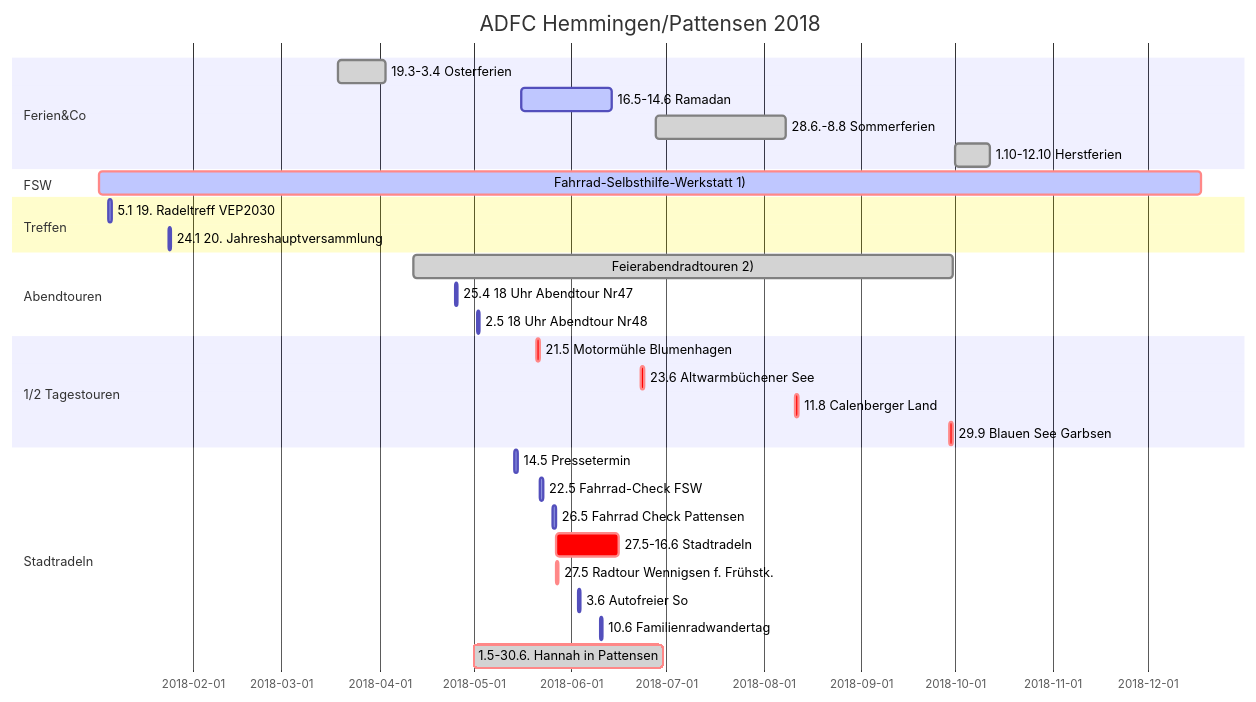
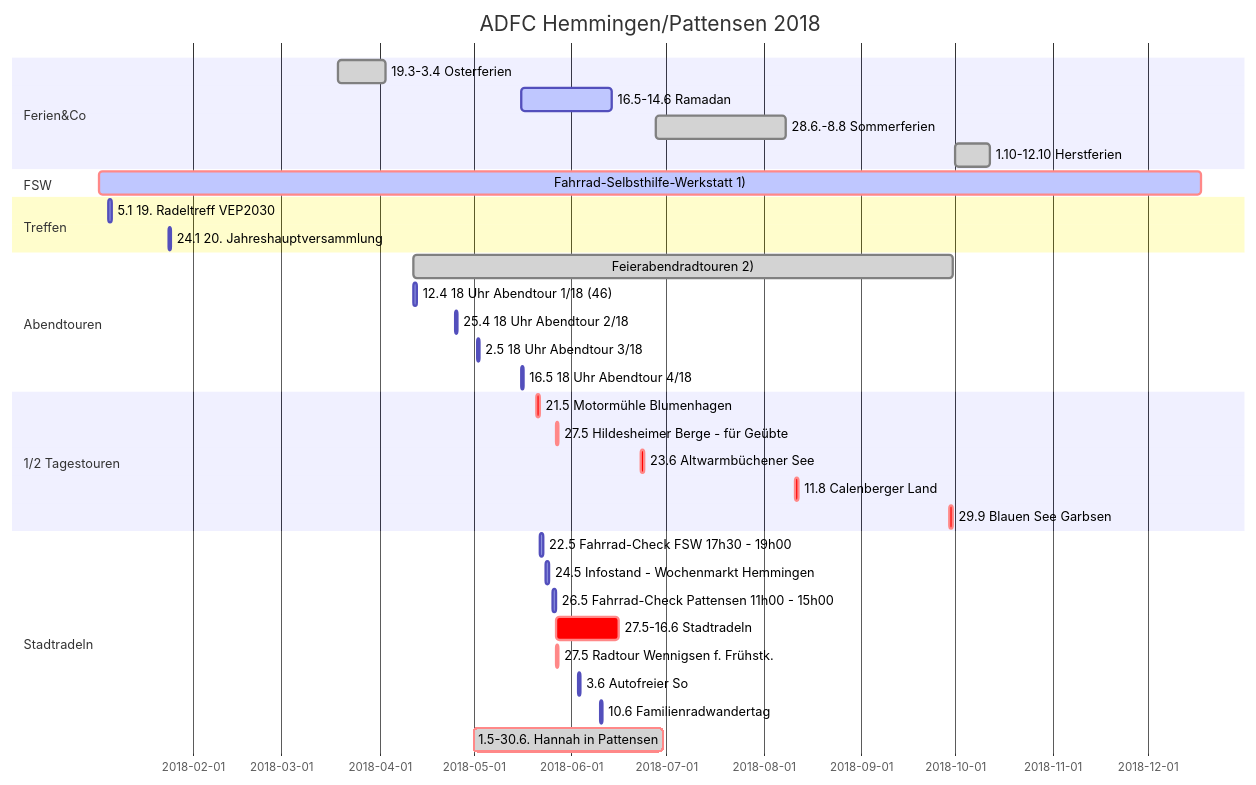
The diagram in index.md (adfc-hemmingen-pattensen/adfc-hemmingen-pattensen.github.io), drawn with Mermaid before and after one commit. The commit also changed other lines of this file and 5 other files, not shown here.

````diff
--- a/index.md
+++ b/index.md
@@ -94,41 +110,44 @@
 ```mermaid
 gantt
   title ADFC Hemmingen/Pattensen 2018
   dateFormat  DD.MM.YY
 
 section Ferien&Co
   19.3-3.4 Osterferien                        :done,        19.03.18, 03.04.18
   16.5-14.6  Ramadan                          :active,done, 16.05.18, 14.06.18
   28.6.-8.8 Sommerferien                      :done,        28.06.18, 08.08.18
   1.10-12.10 Herstferien                      :done,        01.10.18, 12.10.18
 
 section FSW
   Fahrrad-Selbsthilfe-Werkstatt 1)            :crit,active, 02.01.18, 18.12.18
 
 section Treffen
   5.1 19. Radeltreff VEP2030        : 05.01.18, 1d
   24.1 20. Jahreshauptversammlung   : 24.01.18, 1d
 
 section Abendtouren
   Feierabendradtouren 2)        :done, 12.04.18, 30.09.18
-25.4 18 Uhr Abendtour Nr47    : 25.04.18,1d
-2.5 18 Uhr Abendtour Nr48     : 02.05.18,1d
+12.4 18 Uhr Abendtour 1/18 (46) : 12.04.18,1d
+25.4 18 Uhr Abendtour 2/18    : 25.04.18,1d
+2.5 18 Uhr Abendtour 3/18     : 02.05.18,1d
+16.5 18 Uhr Abendtour 4/18     : 16.05.18,1d
 
 section 1/2 Tagestouren
   21.5 Motormühle Blumenhagen   :crit, 21.05.18,1d
+  27.5 Hildesheimer Berge - für Geübte :crit, 27.05.18, 1d
   23.6 Altwarmbüchener See      :crit, 23.06.18,1d
   11.8 Calenberger Land         :crit, 11.08.18,1d
   29.9 Blauen See Garbsen       :crit, 29.09.18,1d
 
 
 section Stadtradeln
-  14.5 Pressetermin                           :             14.05.18, 1d
-  22.5 Fahrrad-Check FSW                      :             22.05.18, 1d
-  26.5 Fahrrad Check Pattensen                :             26.05.18, 1d
+  22.5 Fahrrad-Check FSW 17h30 - 19h00                     :             22.05.18, 1d
+  24.5 Infostand - Wochenmarkt Hemmingen : 24.05.18,1d
+  26.5 Fahrrad-Check Pattensen 11h00 - 15h00              :             26.05.18, 1d
   27.5-16.6 Stadtradeln                       : crit,       27.05.18, 16.06.18
   27.5 Radtour Wennigsen f. Frühstk.          : crit,       27.05.18, 1d
   3.6 Autofreier So                           :             03.06.18, 1d
   10.6 Familienradwandertag                   :             10.06.18, 1d
   1.5-30.6.  Hannah in Pattensen              :crit, done,  01.05.18, 30.06.18
 
 ```
````
